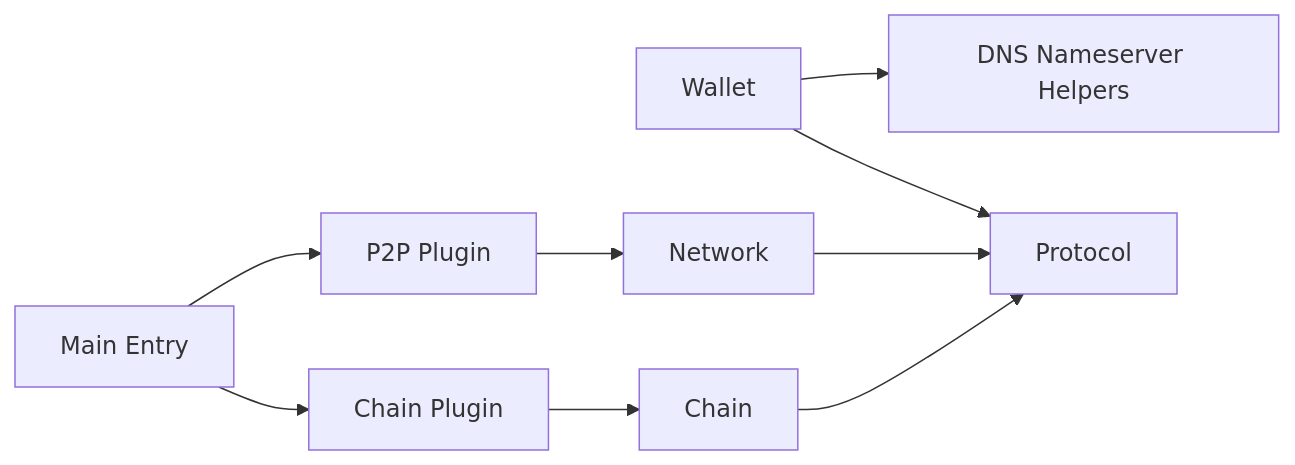
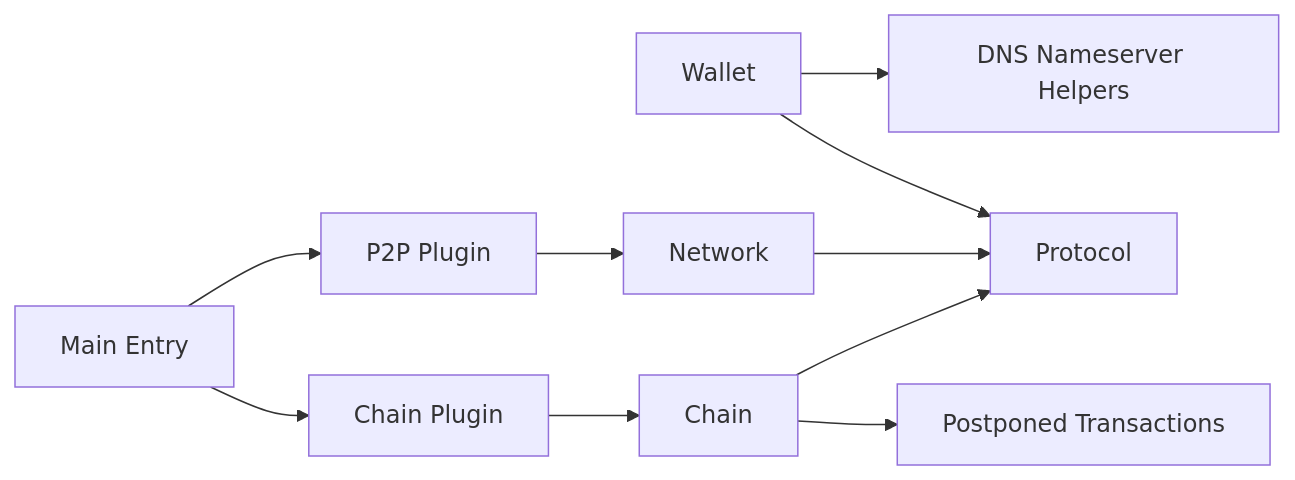
Before and after one commit to VIZ-Blockchain/viz-cpp-node: diagram 12 of 12 in .qoder/repowiki/en/content/Core Libraries.md, drawn with Mermaid. The commit also changed other lines of this file and 3 other files, not shown here.

````diff
--- a/.qoder/repowiki/en/content/Core Libraries.md
+++ b/.qoder/repowiki/en/content/Core Libraries.md
@@ -653,11 +781,12 @@
 ```mermaid
 graph LR
 WALLET["Wallet"] --> PROTO["Protocol"]
 WALLET --> DNS_HELPERS["DNS Nameserver Helpers"]
 NET["Network"] --> PROTO
 CHAIN["Chain"] --> PROTO
+CHAIN --> DB_WITH["Postponed Transactions"]
 PL_P2P["P2P Plugin"] --> NET
 PL_CHAIN["Chain Plugin"] --> CHAIN
 MAIN["Main Entry"] --> PL_CHAIN
 MAIN --> PL_P2P
 ```
````
